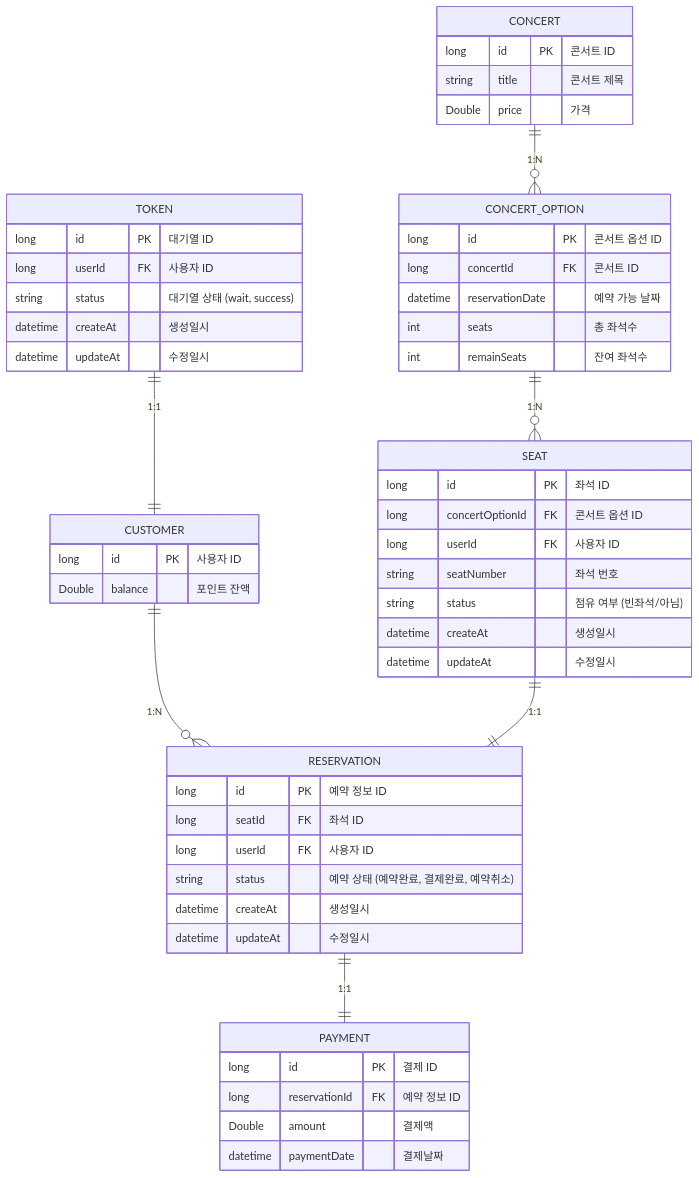
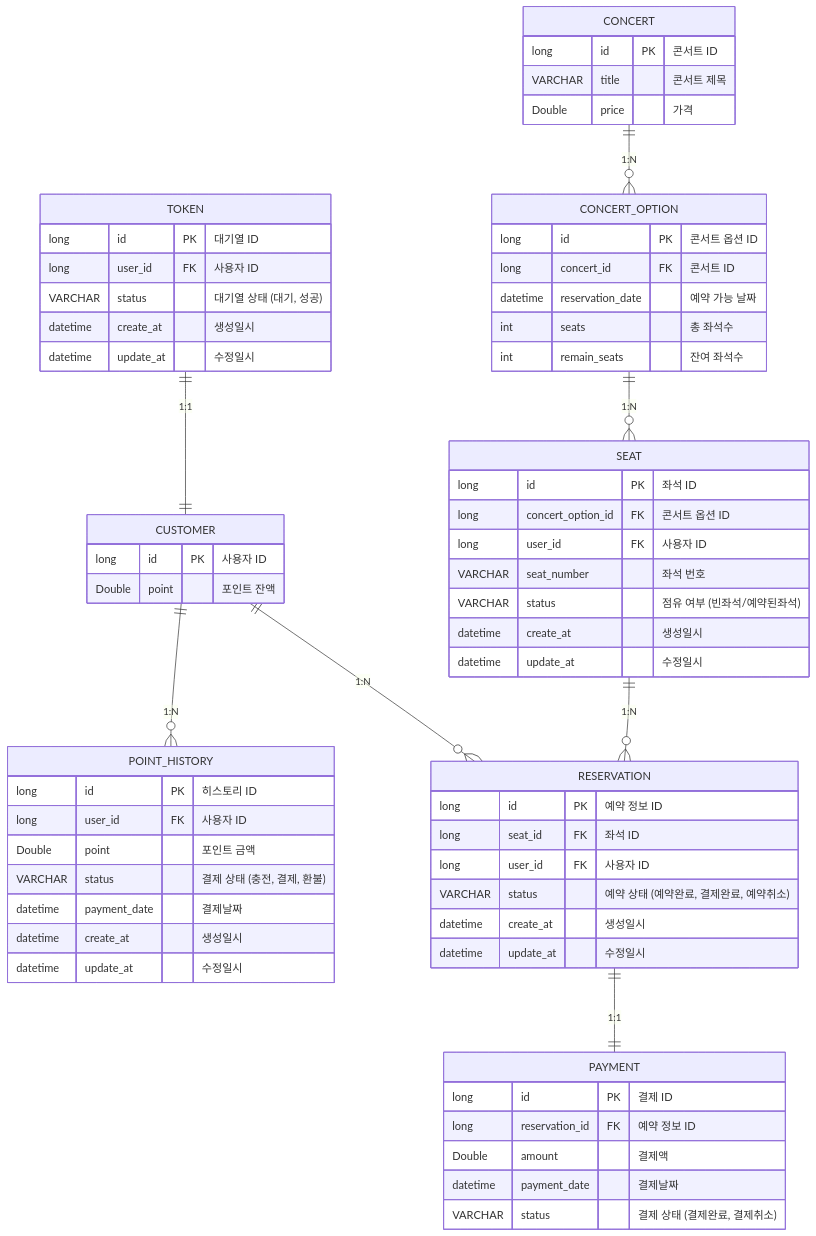
One commit to kimm776/study_concert changed the sixth of 6 diagrams in README.md. Above: the diagram before and after it, drawn with Mermaid. The commit also changed other lines of this file, not shown here.

````diff
--- a/README.md
+++ b/README.md
@@ -215,62 +214,74 @@
 ```mermaid
 erDiagram
     TOKEN {
         long id PK "대기열 ID"
-        long userId FK "사용자 ID"
-        string status "대기열 상태 (wait, success)"
-        datetime createAt "생성일시"
-        datetime updateAt "수정일시"
+        long user_id FK "사용자 ID"
+        VARCHAR status "대기열 상태 (대기, 성공)"
+        datetime create_at "생성일시"
+        datetime update_at "수정일시"
     }
 
     CUSTOMER {
         long id PK "사용자 ID"
-        Double balance "포인트 잔액"
+        Double point "포인트 잔액"
+    }
+
+    POINT_HISTORY {
+        long id PK "히스토리 ID"
+        long user_id FK "사용자 ID"
+        Double point "포인트 금액"
+        VARCHAR status "결제 상태 (충전, 결제, 환불)"
+        datetime payment_date "결제날짜"
+        datetime create_at "생성일시"
+        datetime update_at "수정일시"
     }
 
     CONCERT {
         long id PK "콘서트 ID"
-        string title "콘서트 제목"
+        VARCHAR title "콘서트 제목"
         Double price "가격"
     }
 
     CONCERT_OPTION {
         long id PK "콘서트 옵션 ID"
-        long concertId FK "콘서트 ID"
-        datetime reservationDate "예약 가능 날짜"
+        long concert_id FK "콘서트 ID"
+        datetime reservation_date "예약 가능 날짜"
         int seats "총 좌석수"
-        int remainSeats "잔여 좌석수"
+        int remain_seats "잔여 좌석수"
     }
 
     SEAT {
         long id PK "좌석 ID"
-        long concertOptionId FK "콘서트 옵션 ID"
-        long userId FK "사용자 ID"
-        string seatNumber "좌석 번호"
-        string status "점유 여부 (빈좌석/아님)"
-        datetime createAt "생성일시"
-        datetime updateAt "수정일시"
+        long concert_option_id FK "콘서트 옵션 ID"
+        long user_id FK "사용자 ID"
+        VARCHAR seat_number "좌석 번호"
+        VARCHAR status "점유 여부 (빈좌석/예약된좌석)"
+        datetime create_at "생성일시"
+        datetime update_at "수정일시"
     }
 
     RESERVATION {
         long id PK "예약 정보 ID"
-        long seatId FK "좌석 ID"
-        long userId FK "사용자 ID"
-        string status "예약 상태 (예약완료, 결제완료, 예약취소)"
-        datetime createAt "생성일시"
-        datetime updateAt "수정일시"
+        long seat_id FK "좌석 ID"
+        long user_id FK "사용자 ID"
+        VARCHAR status "예약 상태 (예약완료, 결제완료, 예약취소)"
+        datetime create_at "생성일시"
+        datetime update_at "수정일시"
     }
 
     PAYMENT {
         long id PK "결제 ID"
-        long reservationId FK "예약 정보 ID"
+        long reservation_id FK "예약 정보 ID"
         Double amount "결제액"
-        datetime paymentDate "결제날짜"
+        datetime payment_date "결제날짜"
+        VARCHAR status "결제 상태 (결제완료, 결제취소)"
     }
 
     TOKEN ||--|| CUSTOMER : "1:1"
+    CUSTOMER ||--o{ POINT_HISTORY : "1:N"
     CUSTOMER ||--o{ RESERVATION : "1:N"
     RESERVATION ||--|| PAYMENT : "1:1"
     CONCERT ||--o{ CONCERT_OPTION : "1:N"
     CONCERT_OPTION ||--o{ SEAT : "1:N"
-    SEAT ||--|| RESERVATION : "1:1"
+    SEAT ||--o{ RESERVATION : "1:N"
 ```
````
